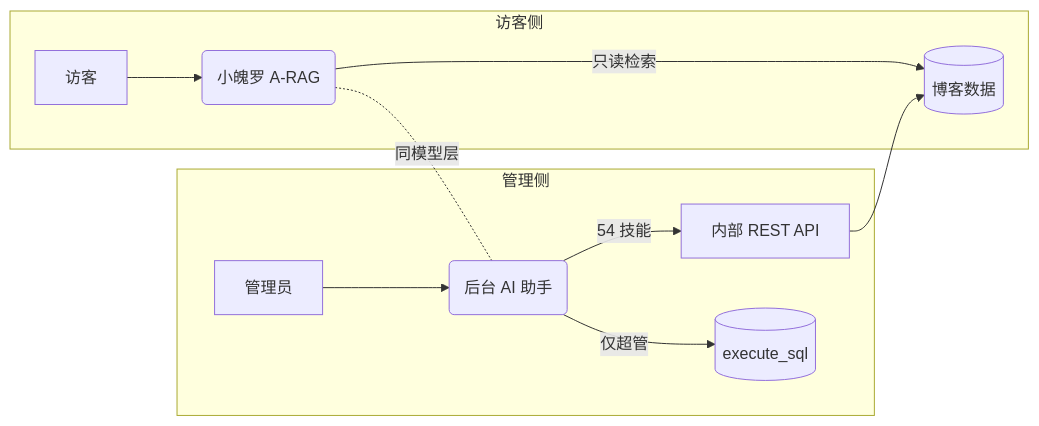
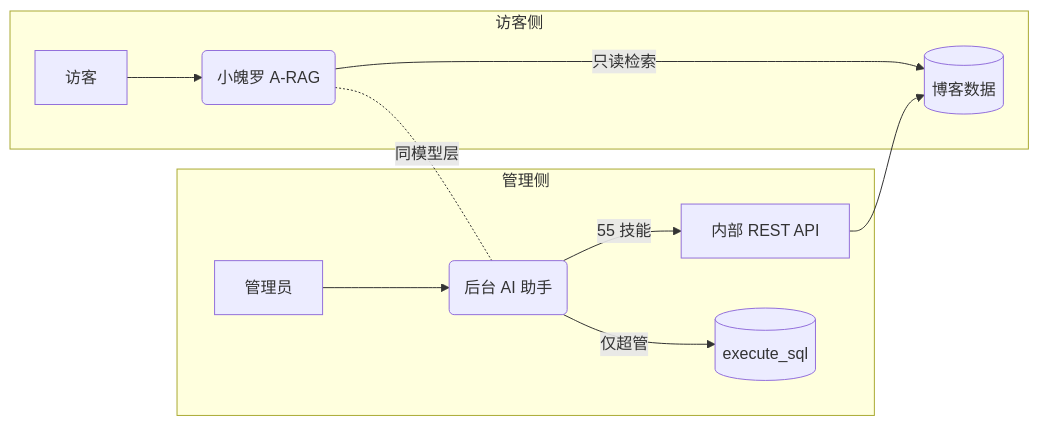
Before and after one commit to qianxi-00/My_Blog: the first of 3 diagrams in docs/ai-architecture.md, drawn with Mermaid. The commit also changed other lines of this file and 5 other files, not shown here.

````diff
--- a/docs/ai-architecture.md
+++ b/docs/ai-architecture.md
@@ -16,14 +16,14 @@
 ```mermaid
 flowchart LR
     subgraph 访客侧
         V[访客] --> P(小魄罗 A-RAG)
         P -->|只读检索| DB[(博客数据)]
     end
     subgraph 管理侧
         A[管理员] --> G(后台 AI 助手)
-        G -->|54 技能| API[内部 REST API]
+        G -->|55 技能| API[内部 REST API]
         API --> DB
         G -->|仅超管| SQL[(execute_sql)]
     end
     P -.同模型层.- G
 ```
````
